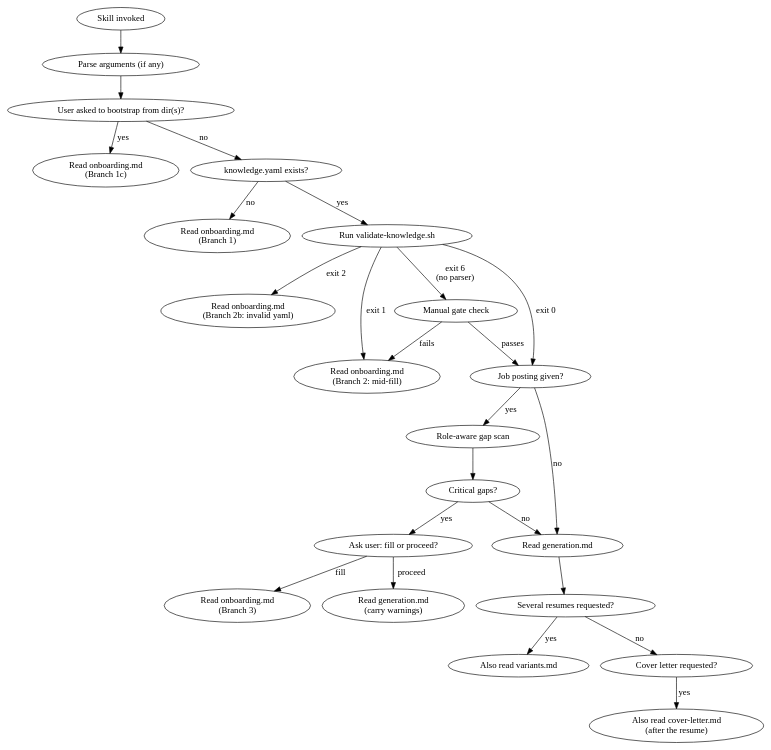
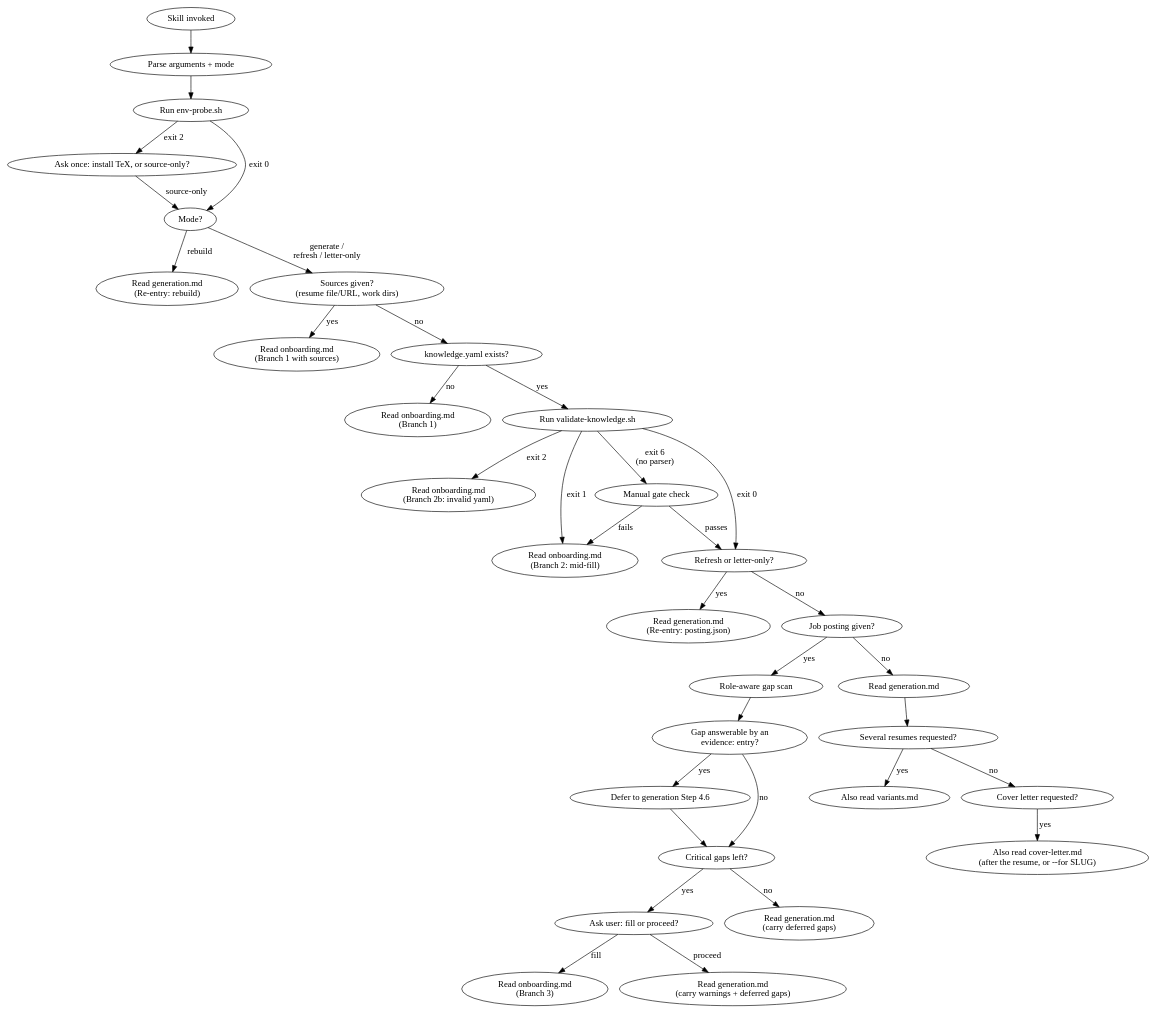
The diagram in skills/resume-generator/SKILL.md (GitPersonAli/resume-generator), drawn with Graphviz before and after one commit. The commit also changed other lines of this file and 19 other files, not shown here.

First line of the commit message:
feat: v0.4.0 plan-then-render, scripted QA gate, evidence cache, re-entry modes

````diff
--- a/skills/resume-generator/SKILL.md
+++ b/skills/resume-generator/SKILL.md
@@ -64,27 +71,37 @@
 ```dot
 digraph entry {
-  "Skill invoked"                         -> "Parse arguments (if any)";
-  "Parse arguments (if any)"              -> "User asked to bootstrap from dir(s)?";
-  "User asked to bootstrap from dir(s)?"  -> "Read onboarding.md\n(Branch 1c)" [label="yes"];
-  "User asked to bootstrap from dir(s)?"  -> "knowledge.yaml exists?" [label="no"];
+  "Skill invoked"                         -> "Parse arguments + mode";
+  "Parse arguments + mode"                -> "Run env-probe.sh";
+  "Run env-probe.sh"                      -> "Ask once: install TeX, or source-only?" [label="exit 2"];
+  "Ask once: install TeX, or source-only?" -> "Mode?" [label="source-only"];
+  "Run env-probe.sh"                      -> "Mode?" [label="exit 0"];
+  "Mode?"                                 -> "Read generation.md\n(Re-entry: rebuild)" [label="rebuild"];
+  "Mode?"                                 -> "Sources given?\n(resume file/URL, work dirs)" [label="generate /\nrefresh / letter-only"];
+  "Sources given?\n(resume file/URL, work dirs)" -> "Read onboarding.md\n(Branch 1 with sources)" [label="yes"];
+  "Sources given?\n(resume file/URL, work dirs)" -> "knowledge.yaml exists?" [label="no"];
   "knowledge.yaml exists?"                -> "Read onboarding.md\n(Branch 1)" [label="no"];
   "knowledge.yaml exists?"                -> "Run validate-knowledge.sh" [label="yes"];
   "Run validate-knowledge.sh"             -> "Read onboarding.md\n(Branch 2b: invalid yaml)" [label="exit 2"];
   "Run validate-knowledge.sh"             -> "Read onboarding.md\n(Branch 2: mid-fill)" [label="exit 1"];
   "Run validate-knowledge.sh"             -> "Manual gate check" [label="exit 6\n(no parser)"];
   "Manual gate check"                     -> "Read onboarding.md\n(Branch 2: mid-fill)" [label="fails"];
-  "Manual gate check"                     -> "Job posting given?" [label="passes"];
-  "Run validate-knowledge.sh"             -> "Job posting given?" [label="exit 0"];
+  "Manual gate check"                     -> "Refresh or letter-only?" [label="passes"];
+  "Run validate-knowledge.sh"             -> "Refresh or letter-only?" [label="exit 0"];
+  "Refresh or letter-only?"               -> "Read generation.md\n(Re-entry: posting.json)" [label="yes"];
+  "Refresh or letter-only?"               -> "Job posting given?" [label="no"];
   "Job posting given?"                    -> "Role-aware gap scan" [label="yes"];
   "Job posting given?"                    -> "Read generation.md" [label="no"];
-  "Role-aware gap scan"                   -> "Critical gaps?";
-  "Critical gaps?"                        -> "Ask user: fill or proceed?" [label="yes"];
-  "Critical gaps?"                        -> "Read generation.md" [label="no"];
+  "Role-aware gap scan"                   -> "Gap answerable by an\nevidence: entry?";
+  "Gap answerable by an\nevidence: entry?" -> "Defer to generation Step 4.6" [label="yes"];
+  "Gap answerable by an\nevidence: entry?" -> "Critical gaps left?" [label="no"];
+  "Defer to generation Step 4.6"          -> "Critical gaps left?";
+  "Critical gaps left?"                   -> "Ask user: fill or proceed?" [label="yes"];
+  "Critical gaps left?"                   -> "Read generation.md\n(carry deferred gaps)" [label="no"];
   "Ask user: fill or proceed?"            -> "Read onboarding.md\n(Branch 3)" [label="fill"];
-  "Ask user: fill or proceed?"            -> "Read generation.md\n(carry warnings)" [label="proceed"];
+  "Ask user: fill or proceed?"            -> "Read generation.md\n(carry warnings + deferred gaps)" [label="proceed"];
   "Read generation.md"                    -> "Several resumes requested?";
   "Several resumes requested?"            -> "Also read variants.md" [label="yes"];
   "Several resumes requested?"            -> "Cover letter requested?" [label="no"];
-  "Cover letter requested?"               -> "Also read cover-letter.md\n(after the resume)" [label="yes"];
+  "Cover letter requested?"               -> "Also read cover-letter.md\n(after the resume, or --for SLUG)" [label="yes"];
 }
 ```
````
